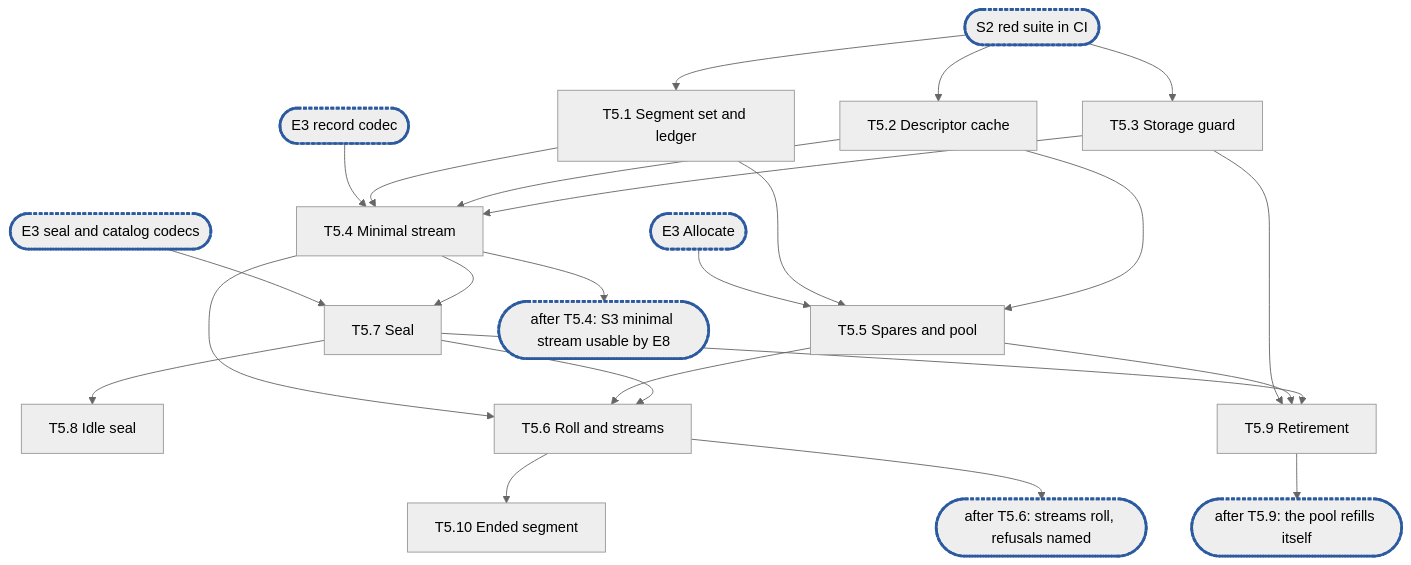
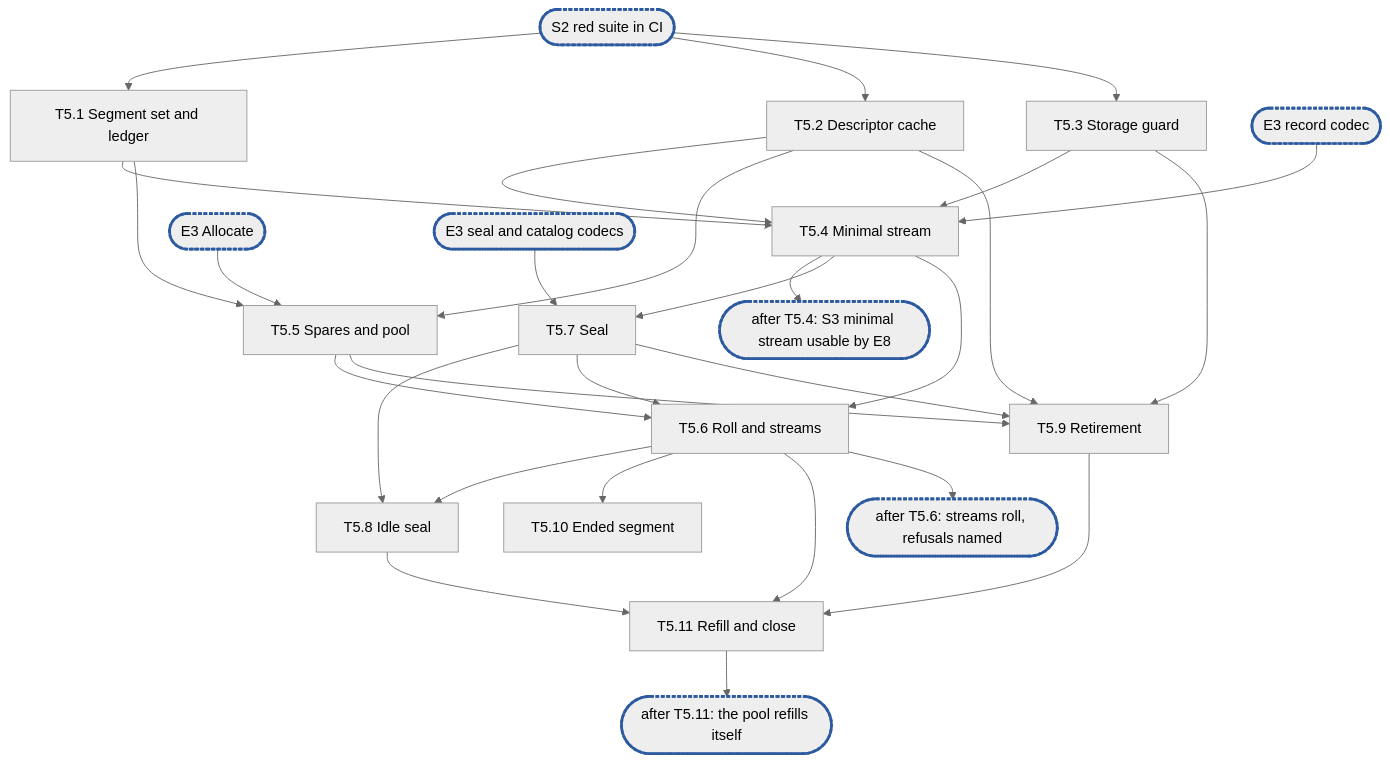
One commit to marmos91/dittofs changed the diagram in docs/internals/planning/rfc-1-journal-epic5.md. Above: the diagram before and after it, drawn with Mermaid (neutral theme). The commit also changed other lines of this file, not shown here.

````diff
--- a/docs/internals/planning/rfc-1-journal-epic5.md
+++ b/docs/internals/planning/rfc-1-journal-epic5.md
@@ -706,27 +805,32 @@
 ```mermaid
 flowchart TD
   S2(["S2 red suite in CI"]):::sync --> T1["T5.1 Segment set and ledger"]
   S2 --> T2["T5.2 Descriptor cache"]
   S2 --> T3["T5.3 Storage guard"]
   E3r(["E3 record codec"]):::sync --> T4
   E3a(["E3 Allocate"]):::sync --> T5
   E3s(["E3 seal and catalog codecs"]):::sync --> T7
   T1 --> T4["T5.4 Minimal stream"]
   T2 --> T4
   T3 --> T4
   T1 --> T5["T5.5 Spares and pool"]
   T2 --> T5
   T4 --> C1(["after T5.4: S3 minimal stream usable by E8"]):::sync
   T4 --> T7["T5.7 Seal"]
   T7 --> T8["T5.8 Idle seal"]
+  T6 --> T8
   T4 --> T6["T5.6 Roll and streams"]
   T5 --> T6
   T7 --> T6
   T6 --> T10["T5.10 Ended segment"]
   T3 --> T9["T5.9 Retirement"]
+  T2 --> T9
   T5 --> T9
   T7 --> T9
+  T6 --> T11["T5.11 Refill and close"]
+  T8 --> T11
+  T9 --> T11
   T6 --> C2(["after T5.6: streams roll, refusals named"]):::sync
-  T9 --> C3(["after T5.9: the pool refills itself"]):::sync
+  T11 --> C3(["after T5.11: the pool refills itself"]):::sync
   classDef sync stroke:#2c5aa0,stroke-width:3px,stroke-dasharray:4 2
 ```
````
